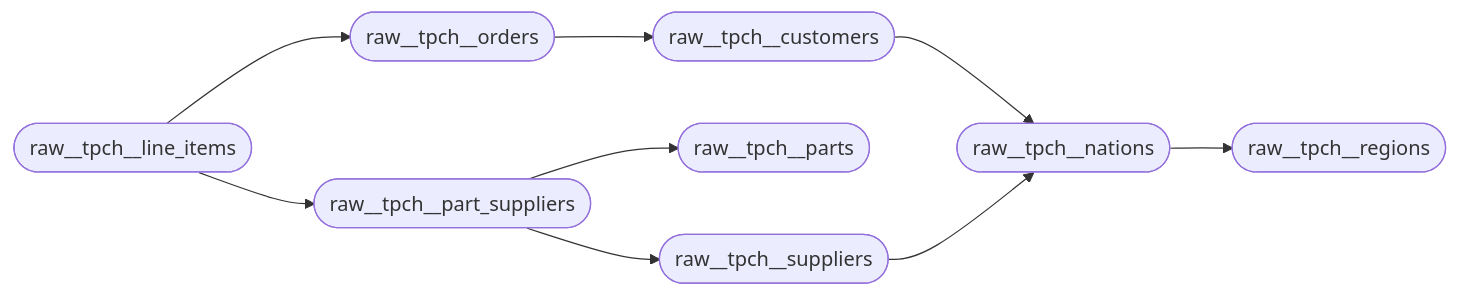
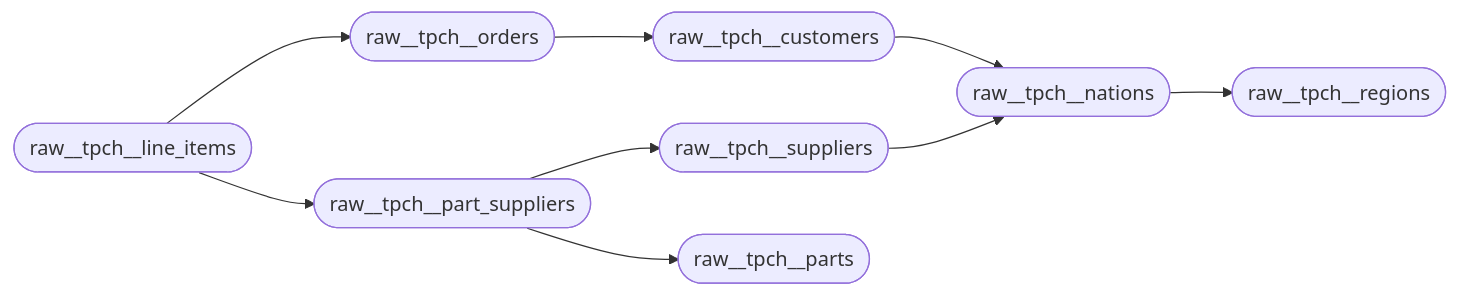
The second of 4 diagrams in README.md (mattiasthalen/tpch), drawn with Mermaid before and after one commit. The commit also changed other lines of this file, not shown here.

Commit message:
Update raw ODM

````diff
--- a/README.md
+++ b/README.md
@@ -207,20 +207,20 @@
 ```mermaid
 flowchart LR
     raw__tpch__customers(["raw__tpch__customers"])
     raw__tpch__line_items(["raw__tpch__line_items"])
     raw__tpch__nations(["raw__tpch__nations"])
     raw__tpch__orders(["raw__tpch__orders"])
     raw__tpch__part_suppliers(["raw__tpch__part_suppliers"])
-    raw__tpch__parts(["raw__tpch__parts"])
     raw__tpch__regions(["raw__tpch__regions"])
     raw__tpch__suppliers(["raw__tpch__suppliers"])
+    raw__tpch__parts(["raw__tpch__parts"])
 
     raw__tpch__line_items --> raw__tpch__orders
     raw__tpch__line_items --> raw__tpch__part_suppliers
     raw__tpch__orders --> raw__tpch__customers
     raw__tpch__customers --> raw__tpch__nations
     raw__tpch__nations --> raw__tpch__regions
     raw__tpch__suppliers --> raw__tpch__nations
+    raw__tpch__part_suppliers --> raw__tpch__suppliers
     raw__tpch__part_suppliers --> raw__tpch__parts
-    raw__tpch__part_suppliers --> raw__tpch__suppliers
 ```
````
